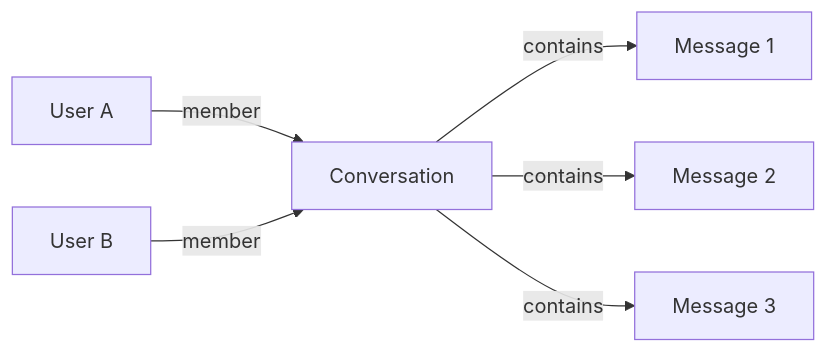
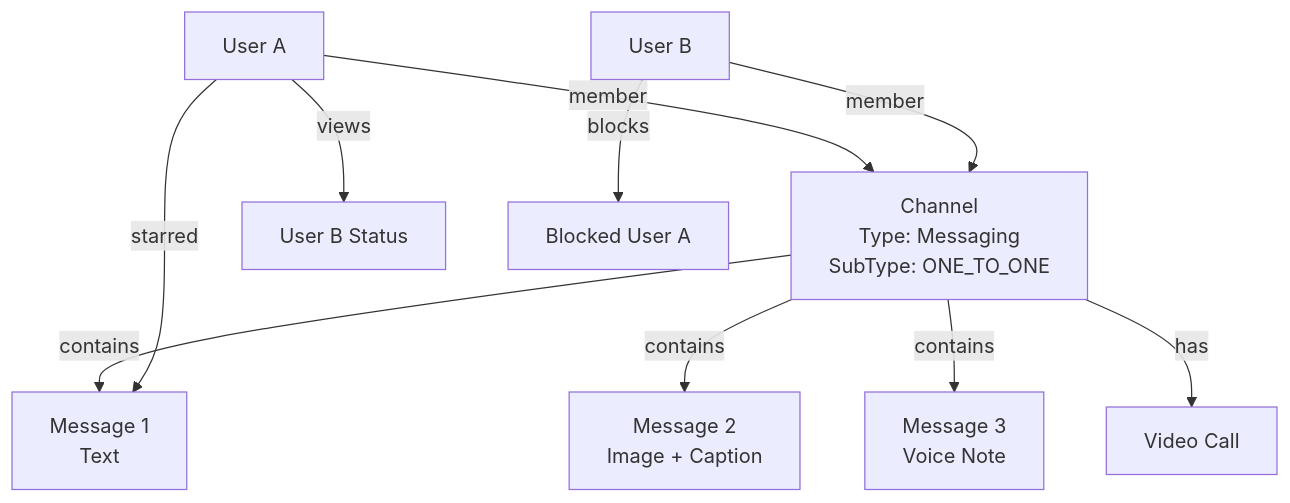
The second of 5 diagrams in messaging-data-model.md (pawandms/anchor_backend), drawn with Mermaid before and after one commit. The commit also changed other lines of this file and 460 other files, not shown here.

````diff
--- a/messaging-data-model.md
+++ b/messaging-data-model.md
@@ -88,8 +320,12 @@
 ```mermaid
-graph LR
-    A[User A] -->|member| C[Conversation]
+graph TB
+    A[User A] -->|member| C[Channel<br/>Type: Messaging<br/>SubType: ONE_TO_ONE]
     B[User B] -->|member| C
-    C -->|contains| M1[Message 1]
-    C -->|contains| M2[Message 2]
-    C -->|contains| M3[Message 3]
+    C -->|contains| M1[Message 1<br/>Text]
+    C -->|contains| M2[Message 2<br/>Image + Caption]
+    C -->|contains| M3[Message 3<br/>Voice Note]
+    C -->|has| Call1[Video Call]
+    A -->|views| Status1[User B Status]
+    B -->|blocks| Blocked[Blocked User A]
+    A -->|starred| M1
 ```
````
